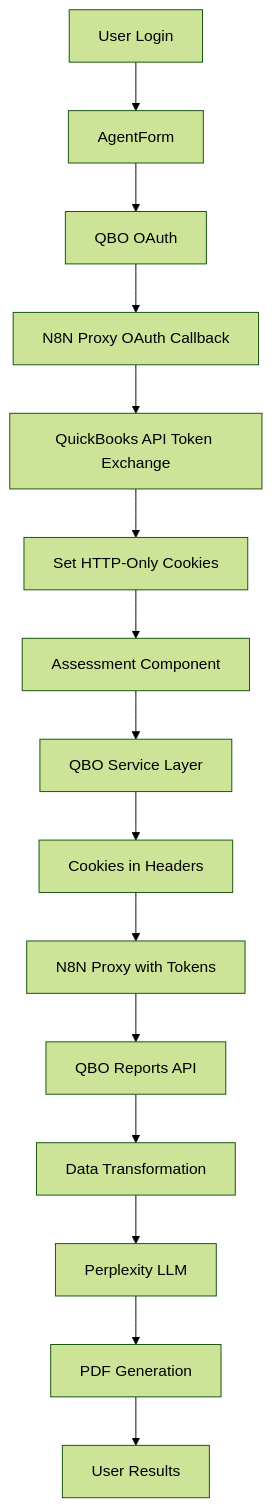
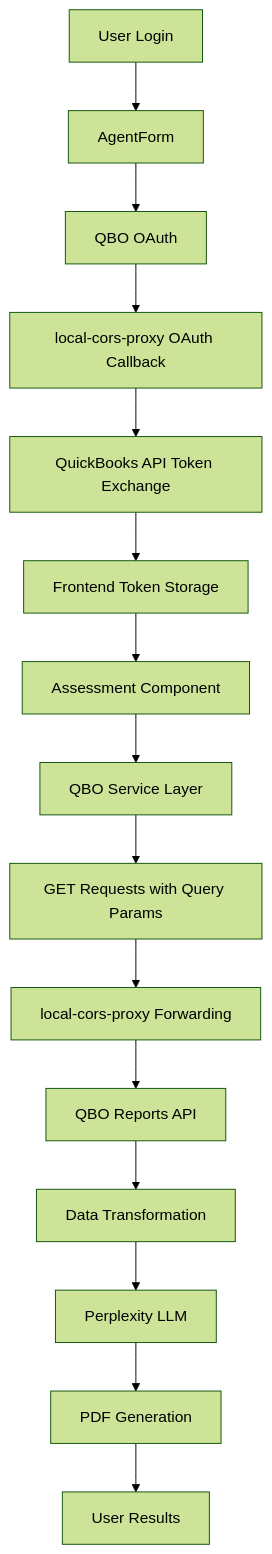
Before and after one commit to luxtelos/adaptive-book-hygience-poc: the first of 2 diagrams in docs/qbo-integration-architecture-updated.md, drawn with Mermaid (forest theme). The commit also changed other lines of this file and 35 other files, not shown here.

````diff
--- a/docs/qbo-integration-architecture-updated.md
+++ b/docs/qbo-integration-architecture-updated.md
@@ -10,17 +10,17 @@
 ```mermaid
 graph TB
     A[User Login] --> B[AgentForm]
     B --> C[QBO OAuth]
-    C --> D[N8N Proxy OAuth Callback]
+    C --> D[local-cors-proxy OAuth Callback]
     D --> E[QuickBooks API Token Exchange]
-    E --> F[Set HTTP-Only Cookies]
+    E --> F[Frontend Token Storage]
     F --> G[Assessment Component]
     G --> H[QBO Service Layer]
-    H --> I[Cookies in Headers]
-    I --> J[N8N Proxy with Tokens]
+    H --> I[GET Requests with Query Params]
+    I --> J[local-cors-proxy Forwarding]
     J --> K[QBO Reports API]
     K --> L[Data Transformation]
     L --> M[Perplexity LLM]
     M --> N[PDF Generation]
     N --> O[User Results]
 ```
````
